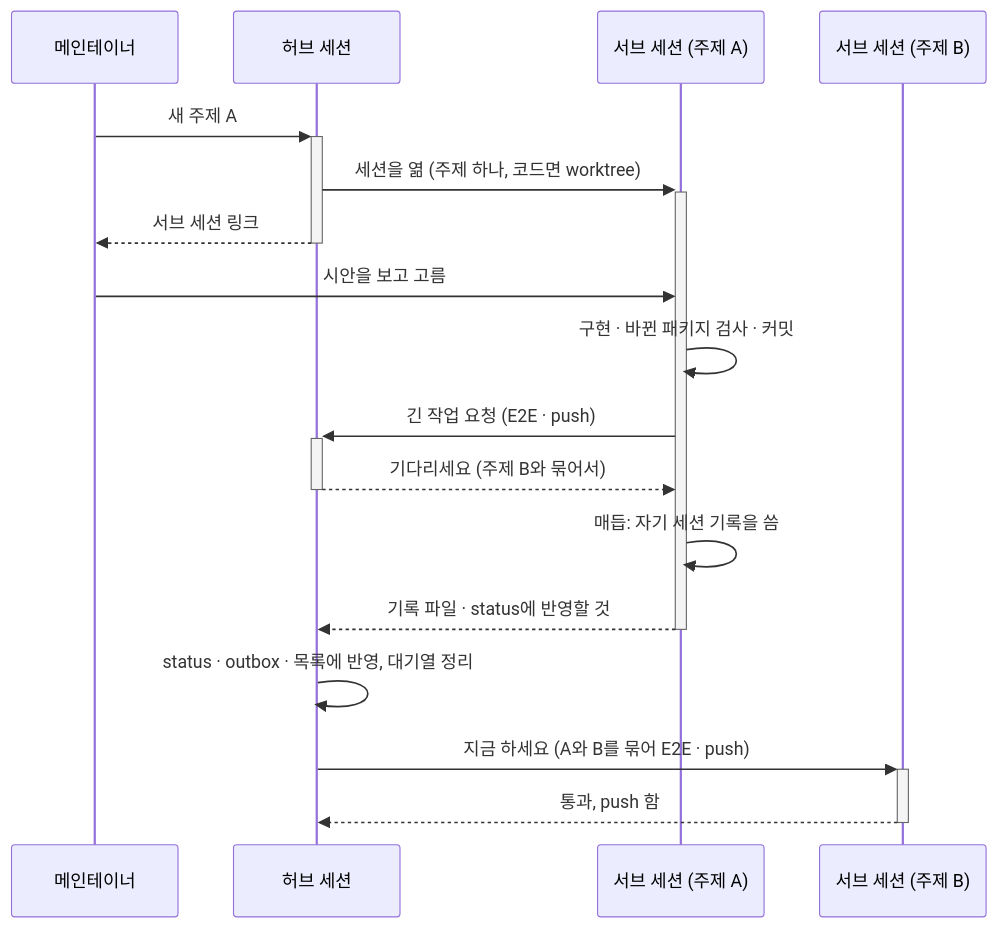
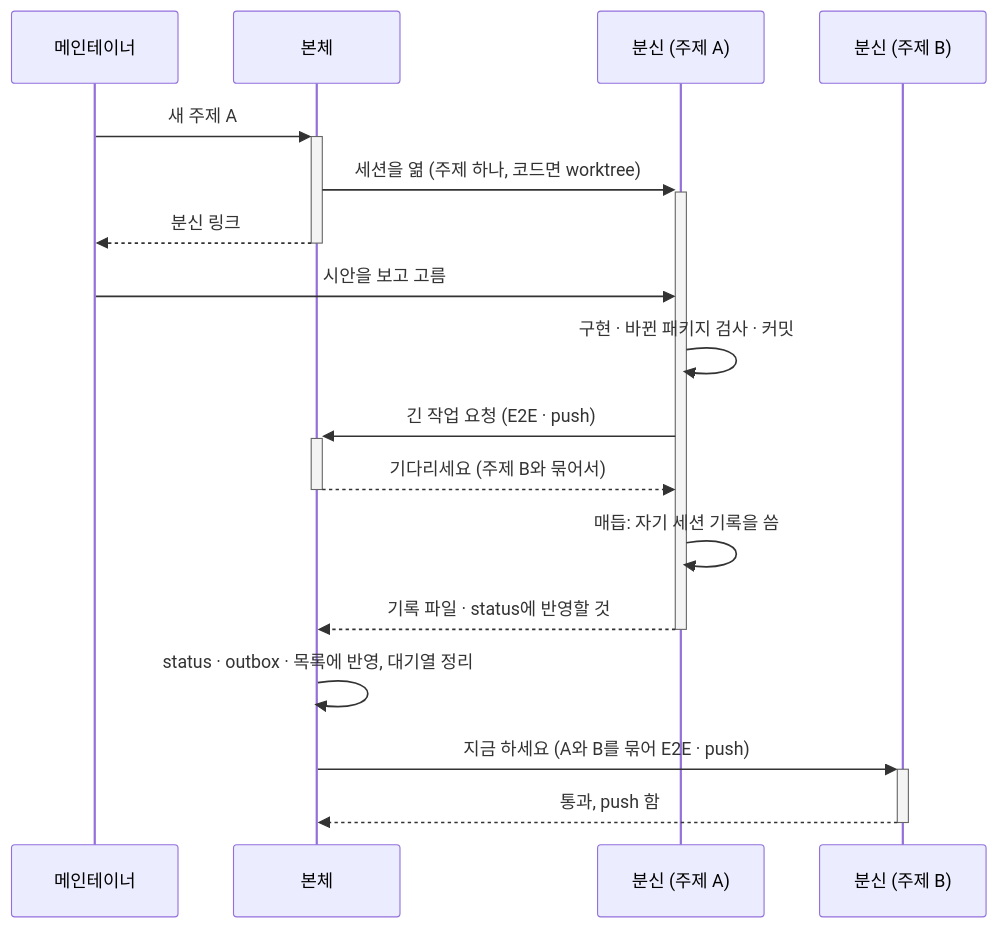
Before and after one commit to reddiana/AriadneNSD: the third of 4 diagrams in atelier/how-we-work.md, drawn with Mermaid. The commit also changed other lines of this file and 6 other files, not shown here.

````diff
--- a/atelier/how-we-work.md
+++ b/atelier/how-we-work.md
@@ -89,19 +89,19 @@
 ```mermaid
 sequenceDiagram
   participant M as 메인테이너
-  participant H as 허브 세션
-  participant S1 as 서브 세션 (주제 A)
-  participant S2 as 서브 세션 (주제 B)
+  participant H as 본체
+  participant S1 as 분신 (주제 A)
+  participant S2 as 분신 (주제 B)
   M->>+H: 새 주제 A
   H->>+S1: 세션을 엶 (주제 하나, 코드면 worktree)
-  H-->>-M: 서브 세션 링크
+  H-->>-M: 분신 링크
   M->>S1: 시안을 보고 고름
   S1->>S1: 구현 · 바뀐 패키지 검사 · 커밋
   S1->>+H: 긴 작업 요청 (E2E · push)
   H-->>-S1: 기다리세요 (주제 B와 묶어서)
   S1->>S1: 매듭: 자기 세션 기록을 씀
   S1-->>-H: 기록 파일 · status에 반영할 것
   H->>H: status · outbox · 목록에 반영, 대기열 정리
   H->>+S2: 지금 하세요 (A와 B를 묶어 E2E · push)
   S2-->>-H: 통과, push 함
 ```
````
